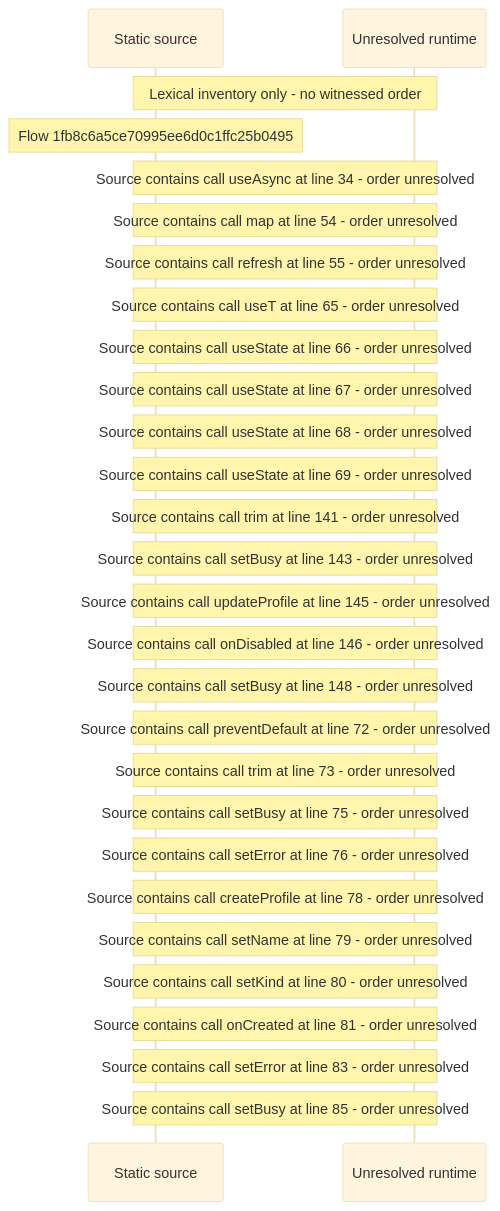
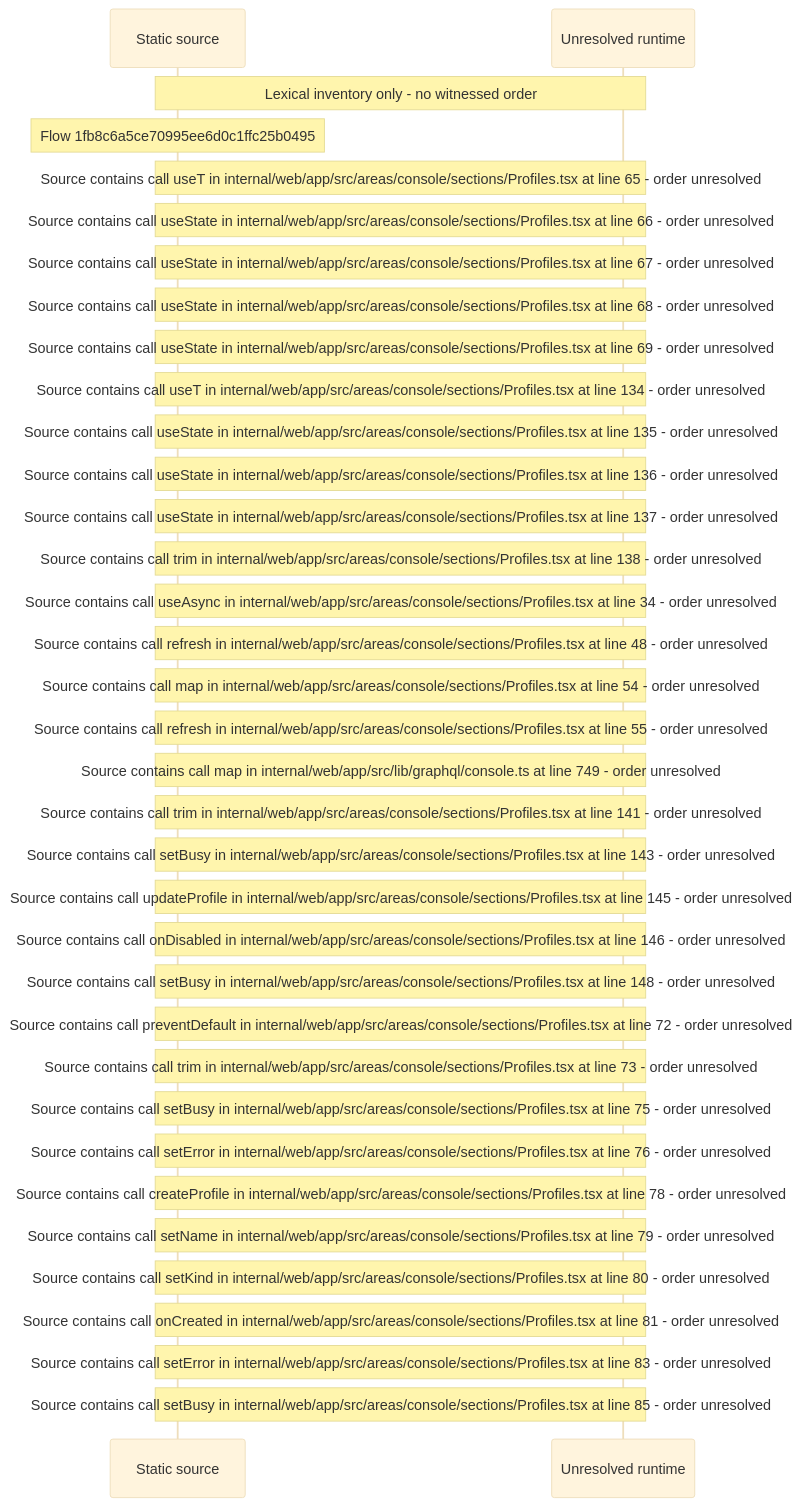
One commit to beamfall/core changed the diagram in docs/web/flows/generated/1fb8c6a5ce70995ee6d0c1ffc25b0495/flow-diagram.md. Above: the diagram before and after it, drawn with Mermaid (base theme). The commit also changed other lines of this file and 699 other files, not shown here.

Commit message:
Regenerate the web flow record with flow generator version 5

````diff
--- a/docs/web/flows/generated/1fb8c6a5ce70995ee6d0c1ffc25b0495/flow-diagram.md
+++ b/docs/web/flows/generated/1fb8c6a5ce70995ee6d0c1ffc25b0495/flow-diagram.md
@@ -10,30 +10,37 @@
 ```mermaid
 sequenceDiagram
     participant S as Static source
     participant U as Unresolved runtime
     Note over S,U: Lexical inventory only - no witnessed order
     Note over S: Flow 1fb8c6a5ce70995ee6d0c1ffc25b0495
-    Note over S,U: Source contains call useAsync at line 34 - order unresolved
-    Note over S,U: Source contains call map at line 54 - order unresolved
-    Note over S,U: Source contains call refresh at line 55 - order unresolved
-    Note over S,U: Source contains call useT at line 65 - order unresolved
-    Note over S,U: Source contains call useState at line 66 - order unresolved
-    Note over S,U: Source contains call useState at line 67 - order unresolved
-    Note over S,U: Source contains call useState at line 68 - order unresolved
-    Note over S,U: Source contains call useState at line 69 - order unresolved
-    Note over S,U: Source contains call trim at line 141 - order unresolved
-    Note over S,U: Source contains call setBusy at line 143 - order unresolved
-    Note over S,U: Source contains call updateProfile at line 145 - order unresolved
-    Note over S,U: Source contains call onDisabled at line 146 - order unresolved
-    Note over S,U: Source contains call setBusy at line 148 - order unresolved
-    Note over S,U: Source contains call preventDefault at line 72 - order unresolved
-    Note over S,U: Source contains call trim at line 73 - order unresolved
-    Note over S,U: Source contains call setBusy at line 75 - order unresolved
-    Note over S,U: Source contains call setError at line 76 - order unresolved
-    Note over S,U: Source contains call createProfile at line 78 - order unresolved
-    Note over S,U: Source contains call setName at line 79 - order unresolved
-    Note over S,U: Source contains call setKind at line 80 - order unresolved
-    Note over S,U: Source contains call onCreated at line 81 - order unresolved
-    Note over S,U: Source contains call setError at line 83 - order unresolved
-    Note over S,U: Source contains call setBusy at line 85 - order unresolved
+    Note over S,U: Source contains call useT in internal/web/app/src/areas/console/sections/Profiles.tsx at line 65 - order unresolved
+    Note over S,U: Source contains call useState in internal/web/app/src/areas/console/sections/Profiles.tsx at line 66 - order unresolved
+    Note over S,U: Source contains call useState in internal/web/app/src/areas/console/sections/Profiles.tsx at line 67 - order unresolved
+    Note over S,U: Source contains call useState in internal/web/app/src/areas/console/sections/Profiles.tsx at line 68 - order unresolved
+    Note over S,U: Source contains call useState in internal/web/app/src/areas/console/sections/Profiles.tsx at line 69 - order unresolved
+    Note over S,U: Source contains call useT in internal/web/app/src/areas/console/sections/Profiles.tsx at line 134 - order unresolved
+    Note over S,U: Source contains call useState in internal/web/app/src/areas/console/sections/Profiles.tsx at line 135 - order unresolved
+    Note over S,U: Source contains call useState in internal/web/app/src/areas/console/sections/Profiles.tsx at line 136 - order unresolved
+    Note over S,U: Source contains call useState in internal/web/app/src/areas/console/sections/Profiles.tsx at line 137 - order unresolved
+    Note over S,U: Source contains call trim in internal/web/app/src/areas/console/sections/Profiles.tsx at line 138 - order unresolved
+    Note over S,U: Source contains call useAsync in internal/web/app/src/areas/console/sections/Profiles.tsx at line 34 - order unresolved
+    Note over S,U: Source contains call refresh in internal/web/app/src/areas/console/sections/Profiles.tsx at line 48 - order unresolved
+    Note over S,U: Source contains call map in internal/web/app/src/areas/console/sections/Profiles.tsx at line 54 - order unresolved
+    Note over S,U: Source contains call refresh in internal/web/app/src/areas/console/sections/Profiles.tsx at line 55 - order unresolved
+    Note over S,U: Source contains call map in internal/web/app/src/lib/graphql/console.ts at line 749 - order unresolved
+    Note over S,U: Source contains call trim in internal/web/app/src/areas/console/sections/Profiles.tsx at line 141 - order unresolved
+    Note over S,U: Source contains call setBusy in internal/web/app/src/areas/console/sections/Profiles.tsx at line 143 - order unresolved
+    Note over S,U: Source contains call updateProfile in internal/web/app/src/areas/console/sections/Profiles.tsx at line 145 - order unresolved
+    Note over S,U: Source contains call onDisabled in internal/web/app/src/areas/console/sections/Profiles.tsx at line 146 - order unresolved
+    Note over S,U: Source contains call setBusy in internal/web/app/src/areas/console/sections/Profiles.tsx at line 148 - order unresolved
+    Note over S,U: Source contains call preventDefault in internal/web/app/src/areas/console/sections/Profiles.tsx at line 72 - order unresolved
+    Note over S,U: Source contains call trim in internal/web/app/src/areas/console/sections/Profiles.tsx at line 73 - order unresolved
+    Note over S,U: Source contains call setBusy in internal/web/app/src/areas/console/sections/Profiles.tsx at line 75 - order unresolved
+    Note over S,U: Source contains call setError in internal/web/app/src/areas/console/sections/Profiles.tsx at line 76 - order unresolved
+    Note over S,U: Source contains call createProfile in internal/web/app/src/areas/console/sections/Profiles.tsx at line 78 - order unresolved
+    Note over S,U: Source contains call setName in internal/web/app/src/areas/console/sections/Profiles.tsx at line 79 - order unresolved
+    Note over S,U: Source contains call setKind in internal/web/app/src/areas/console/sections/Profiles.tsx at line 80 - order unresolved
+    Note over S,U: Source contains call onCreated in internal/web/app/src/areas/console/sections/Profiles.tsx at line 81 - order unresolved
+    Note over S,U: Source contains call setError in internal/web/app/src/areas/console/sections/Profiles.tsx at line 83 - order unresolved
+    Note over S,U: Source contains call setBusy in internal/web/app/src/areas/console/sections/Profiles.tsx at line 85 - order unresolved
 ```
````
